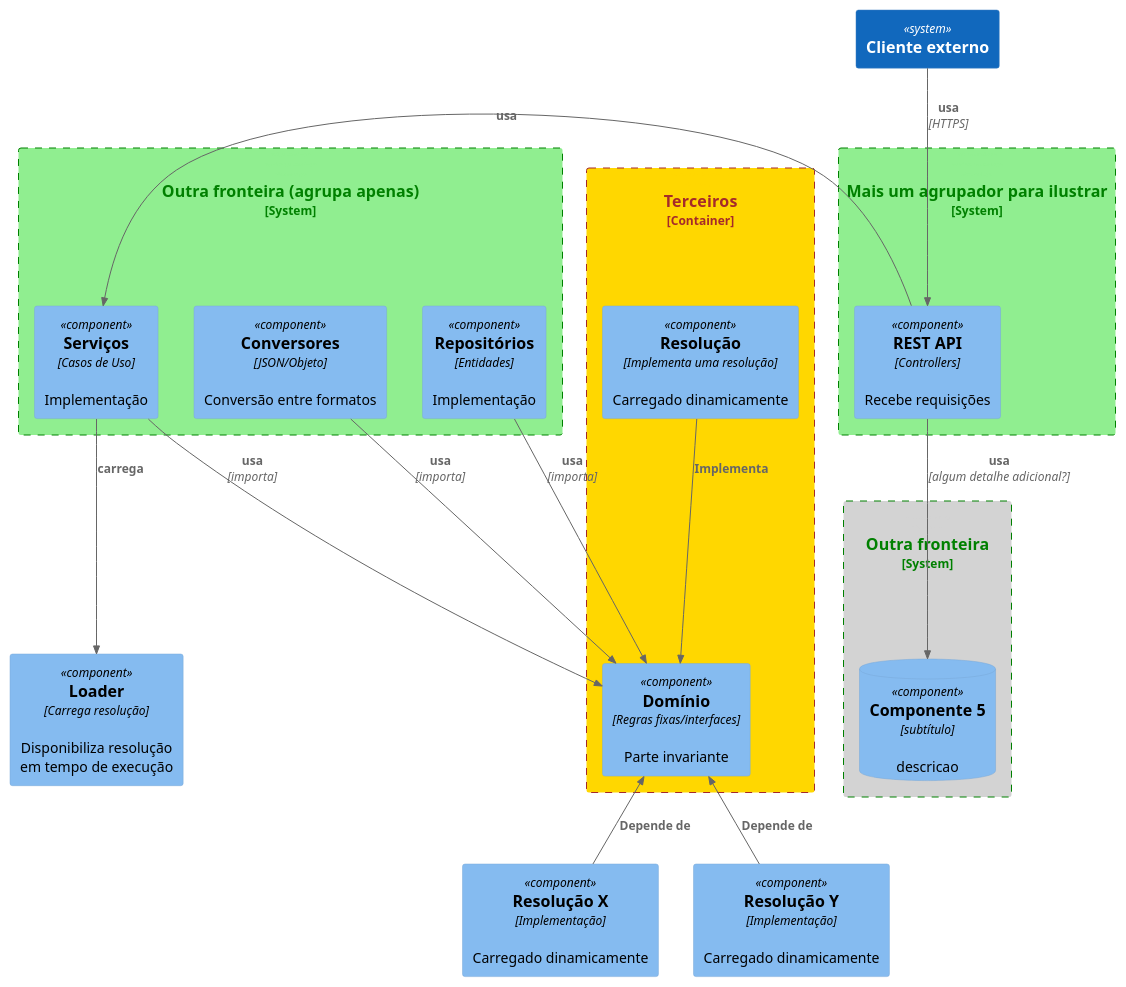
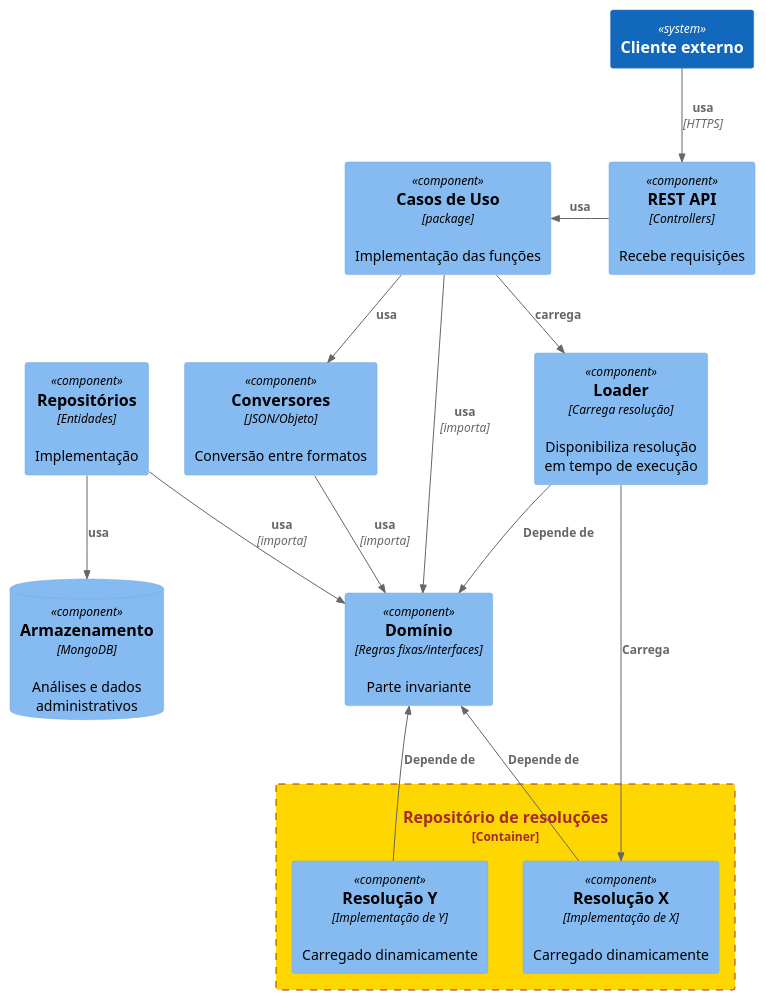
The diagram in documentacao/diagramas/c4-component.puml (kyriosdata/docente-inf), drawn with PlantUML before and after one commit. The commit also changed 1 other file, not shown here.

```diff
--- a/documentacao/diagramas/c4-component.puml
+++ b/documentacao/diagramas/c4-component.puml
@@ -1,53 +1,49 @@
 @startuml c4-component
 !include https://raw.githubusercontent.com/plantuml-stdlib/C4-PlantUML/master/C4_Component.puml
 
 UpdateBoundaryStyle($bgColor="gold", $fontColor="brown", $borderColor="brown")
 UpdateSystemBoundaryStyle($bgColor="gold", $fontColor="white", $borderColor="white")
 
 System(cliente, "Cliente externo")
 
-Container_Boundary(c3, "Terceiros") {
-    Component(comp1, "Domínio", "Regras fixas/interfaces", "Parte invariante")
-    Component(comp2, "Resolução", "Implementa uma resolução", "Carregado dinamicamente")
-    Rel(comp2, comp1, "Implementa", "")
-}
+Component(comp1, "Domínio", "Regras fixas/interfaces", "Parte invariante")
 
-System_Boundary(c1, "Outra fronteira (agrupa apenas)", $tags="v1") {
-    Component(comp6, "Conversores", "JSON/Objeto", "Conversão entre formatos")
-    Component(comp7, "Serviços", "Casos de Uso", "Implementação")
-    Component(comp8, "Repositórios", "Entidades", "Implementação")
-    Rel(comp7, comp1, "usa", "importa")
-    Rel(comp8, comp1, "usa", "importa")
-    Rel(comp6, comp1, "usa", "importa")
-}
+Component(conversores, "Conversores", "JSON/Objeto", "Conversão entre formatos")
+Component(servicos, "Casos de Uso", "package", "Implementação das funções")
+Component(repos, "Repositórios", "Entidades", "Implementação")
+Rel(servicos, comp1, "usa", "importa")
+Rel(repos, comp1, "usa", "importa")
+Rel(conversores, comp1, "usa", "importa")
+Rel(servicos,conversores, "usa")
 
-System_Boundary(c2, "Mais um agrupador para ilustrar", $tags="v1") {
-    Component(comp3, "REST API", "Controllers", "Recebe requisições")
-}
+Component(rest, "REST API", "Controllers", "Recebe requisições")
 
-System_Boundary(c4, "Outra fronteira", $tags="v2") {
-    ComponentDb(comp5, "Componente 5", "subtítulo", "descricao")
-}
+ComponentDb(db, "Armazenamento", "MongoDB", "Análises e dados administrativos")
 
-Rel(comp3, comp5, "usa", "algum detalhe adicional?")
+Rel(repos, db, "usa")
 
 AddBoundaryTag("v1", $bgColor="lightgreen", $fontColor="green", $borderColor="green")
 AddElementTag("v1", $bgColor="lightred", $fontColor="red", $borderColor="red")
 
 AddBoundaryTag("v2", $bgColor="LightGray", $fontColor="green", $borderColor="green")
 AddElementTag("v2", $bgColor="LightBlue", $fontColor="red", $borderColor="red")
 
-Rel_L(comp3, comp7, "usa", "")
-Rel(cliente, comp3, "usa", "HTTPS")
+Rel_L(rest, servicos, "usa", "")
+Rel(cliente, rest, "usa", "HTTPS")
 
-Component(comp9, "Resolução X", "Implementação", "Carregado dinamicamente")
-Component(comp10, "Resolução Y", "Implementação", "Carregado dinamicamente")
+Container_Boundary(loader, "Repositório de resoluções") {
+    Component(comp9, "Resolução X", "Implementação de X", "Carregado dinamicamente")
+    Component(comp10, "Resolução Y", "Implementação de Y", "Carregado dinamicamente")
+}
 
 Component(comp11, "Loader", "Carrega resolução", "Disponibiliza resolução\nem tempo de execução")
 
 Rel_U(comp9, comp1, "Depende de", "")
 Rel_U(comp10, comp1, "Depende de", "")
-Rel_D(comp7, comp11, "carrega", "")
+Rel_D(servicos, comp11, "carrega", "")
+
+Rel(comp11, comp9, "Carrega")
+Rel(comp11, comp1, "Depende de")
 
 
 @enduml
```
